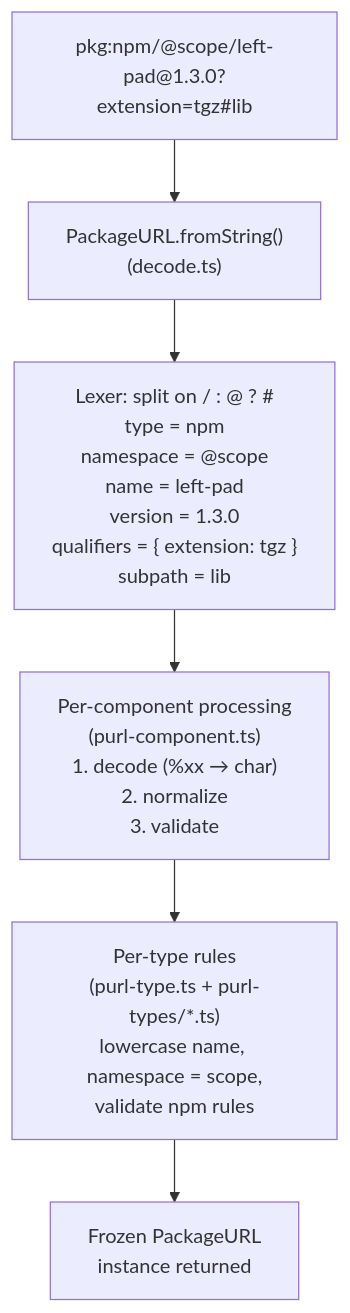
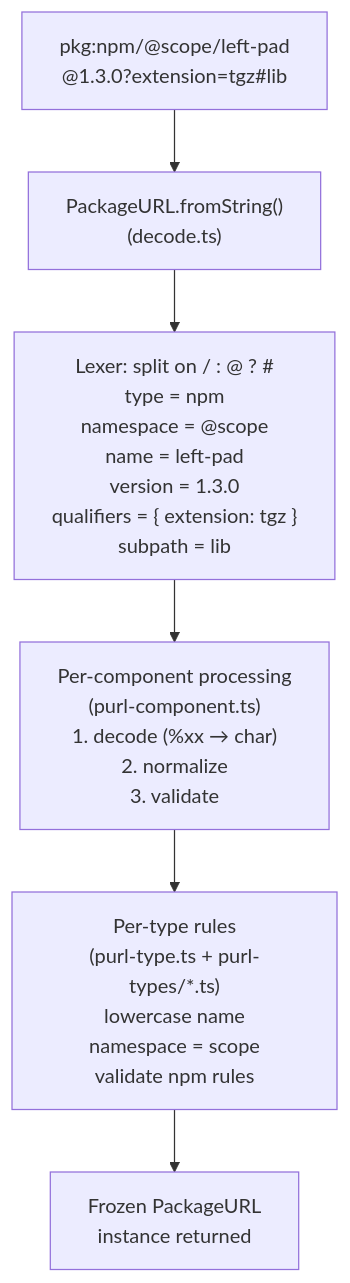
One commit to SocketDev/socket-packageurl-js changed the first of 2 diagrams in docs/architecture.md. Above: the diagram before and after it, drawn with Mermaid. The commit also changed 1 other file, not shown here.

Commit message:
fix(site): split the long PURL label + give Mermaid more padding
The first box on the parse flowchart was clipping "extension=tgz#lib"
because Mermaid's label-wrap heuristic under-sized the node. Split
the PURL string in the source with an explicit <br/>, bump node
padding to 28px, and cap wrappingWidth so labels flow predictably
instead of needing Mermaid to measure our font.

Also reshaped the Per-type rules node onto three lines so the
3-item bullet list reads as one-per-line instead of a single long
sentence.

````diff
--- a/docs/architecture.md
+++ b/docs/architecture.md
@@ -87,8 +87,8 @@
 ```mermaid
 flowchart TD
-    A["pkg:npm/@scope/left-pad@1.3.0?extension=tgz#lib"] --> B["PackageURL.fromString()<br/>(decode.ts)"]
+    A["pkg:npm/@scope/left-pad<br/>@1.3.0?extension=tgz#lib"] --> B["PackageURL.fromString()<br/>(decode.ts)"]
     B --> C["Lexer: split on / : @ ? #<br/>type = npm<br/>namespace = @scope<br/>name = left-pad<br/>version = 1.3.0<br/>qualifiers = { extension: tgz }<br/>subpath = lib"]
     C --> D["Per-component processing<br/>(purl-component.ts)<br/>1. decode (%xx → char)<br/>2. normalize<br/>3. validate"]
-    D --> E["Per-type rules<br/>(purl-type.ts + purl-types/*.ts)<br/>lowercase name, namespace = scope,<br/>validate npm rules"]
+    D --> E["Per-type rules<br/>(purl-type.ts + purl-types/*.ts)<br/>lowercase name<br/>namespace = scope<br/>validate npm rules"]
     E --> F["Frozen PackageURL<br/>instance returned"]
 ```
````
